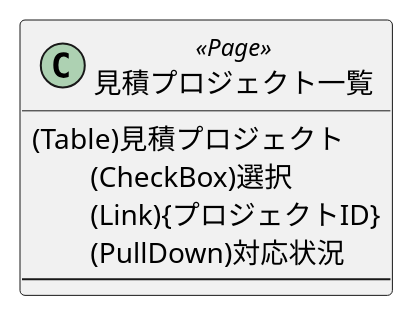
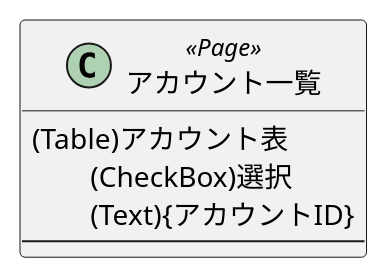
One commit to hansuoi/ucod changed the third of 3 diagrams in docs/ucod-design-guide.ja.md. Above: the diagram before and after it, drawn with PlantUML. The commit also changed other lines of this file, not shown here.

````diff
--- a/docs/ucod-design-guide.ja.md
+++ b/docs/ucod-design-guide.ja.md
@@ -76,9 +73,8 @@
 ```plantuml
-class "見積プロジェクト一覧" <<Page>> {
-  (Table)見積プロジェクト
+class "アカウント一覧" <<Page>> {
+  (Table)アカウント表
     \t(CheckBox)選択
-    \t(Link){プロジェクトID}
-    \t(PullDown)対応状況
+    \t(Text){アカウントID}
   ---
 }
 ```
````
